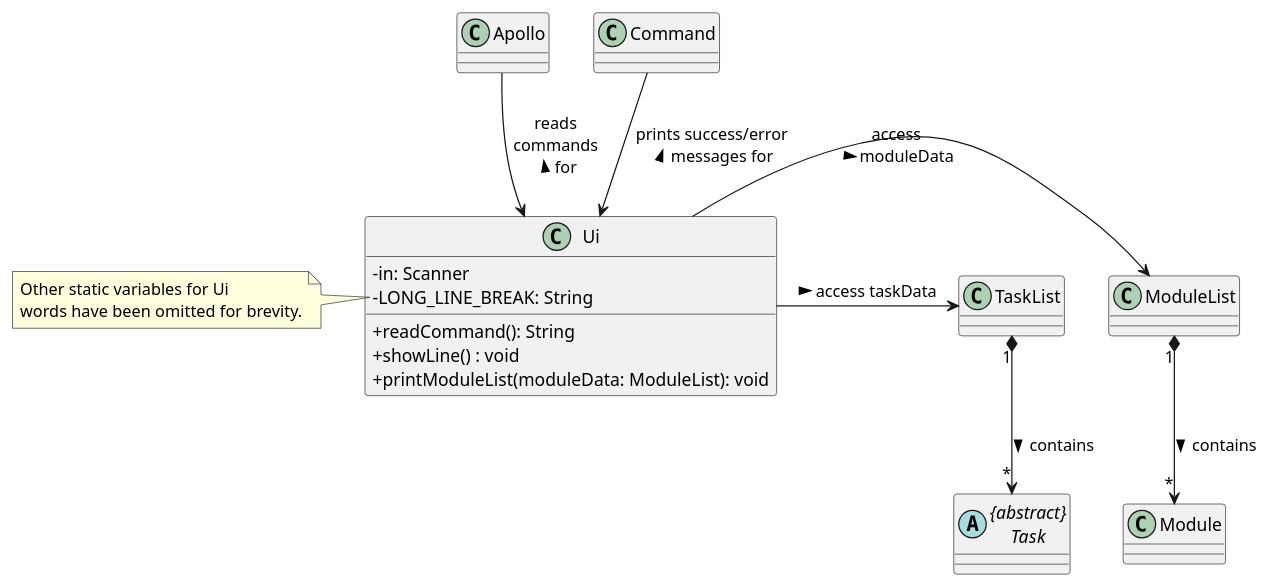
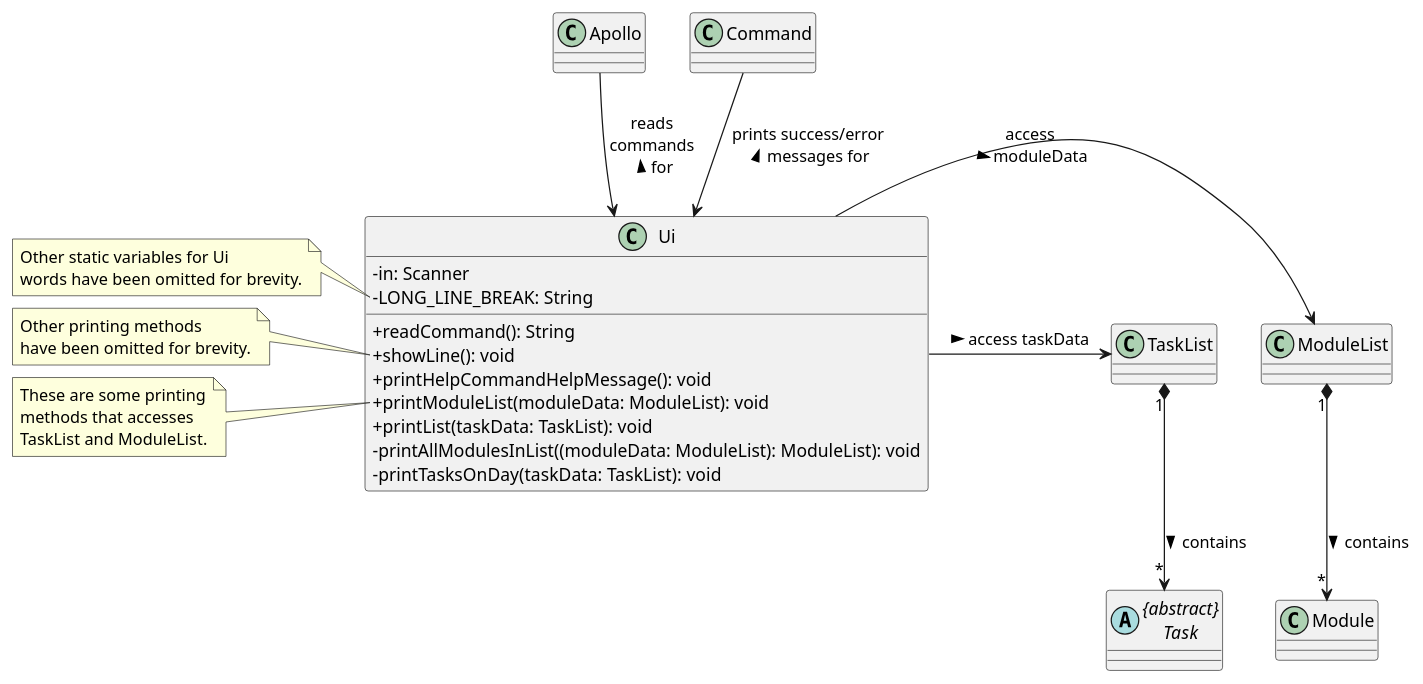
The diagram in docs/uml-source/class/Ui.puml (nus-cs2113-AY2223S2/tp), drawn with PlantUML before and after one commit. The commit also changed 1 other file, not shown here.

Commit message:
Update Ui class diagram

```diff
--- a/docs/uml-source/class/Ui.puml
+++ b/docs/uml-source/class/Ui.puml
@@ -1,30 +1,45 @@
 @startuml
 'https://plantuml.com/class-diagram
 
 skinparam classAttributeIconSize 0
 
 Apollo --> Ui : reads \ncommands \nfor <
 Command --> Ui : prints success/error \nmessages for <
 
 class Ui {
 - in: Scanner
 - LONG_LINE_BREAK: String
 + readCommand(): String
-+ showLine() : void
++ showLine(): void
++ printHelpCommandHelpMessage(): void
 + printModuleList(moduleData: ModuleList): void
-
++ printList(taskData: TaskList): void
+- printAllModulesInList((moduleData: ModuleList): ModuleList): void
+- printTasksOnDay(taskData: TaskList): void
 }
 
 note left of Ui::LONG_LINE_BREAK
     Other static variables for Ui
     words have been omitted for brevity.
 end note
+
+note left of Ui::showLine
+    Other printing methods
+    have been omitted for brevity.
+end note
+
+note left of Ui::printModuleList
+    These are some printing
+    methods that accesses
+    TaskList and ModuleList.
+end note
+
 
 Ui -> ModuleList : access \nmoduleData >
 ModuleList "1" *--> "*" Module : contains >
 
 abstract class "{abstract}\nTask" as Task
 Ui -> TaskList : access taskData >
 TaskList "1" *--> "*" Task : contains >
 
 @enduml
```
